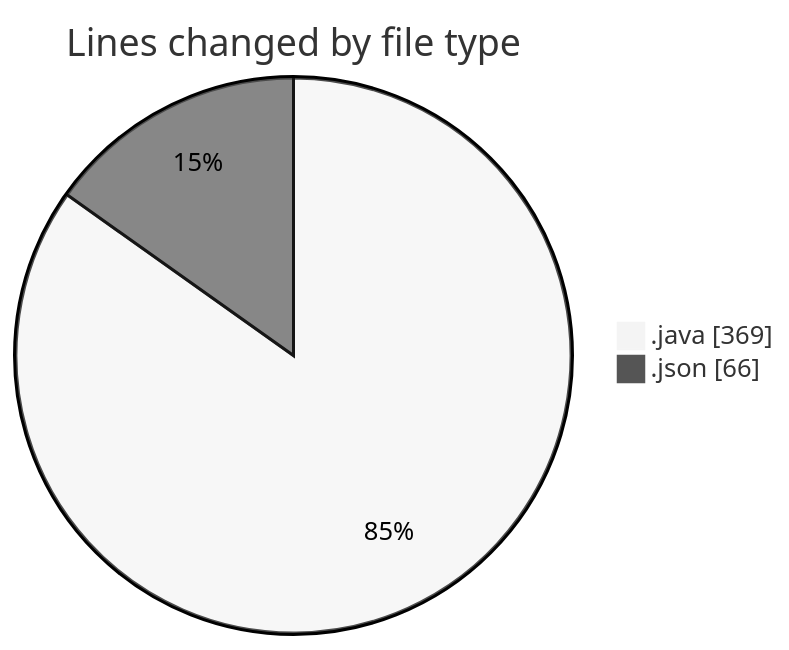
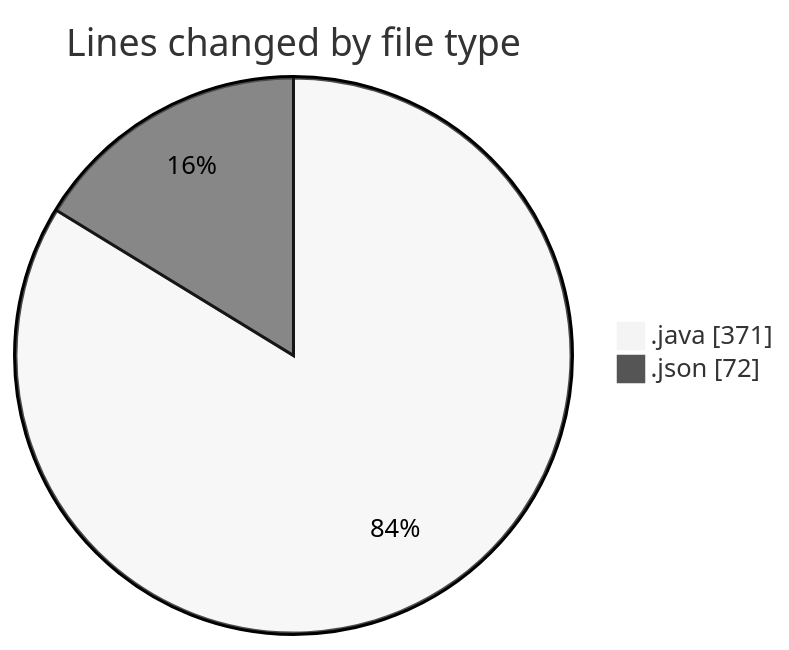
The first of 2 diagrams in 2026-05-22/cilapp/README.md (ricardozamudiocil/code-tracking), drawn with Mermaid (neutral theme) before and after one commit. The commit also changed other lines of this file and 1 other file, not shown here.

````diff
--- a/2026-05-22/cilapp/README.md
+++ b/2026-05-22/cilapp/README.md
@@ -22,6 +22,6 @@
 ```mermaid
 pie showData
 title Lines changed by file type
-".java" : 369
-".json" : 66
+".java" : 371
+".json" : 72
 ```
````
